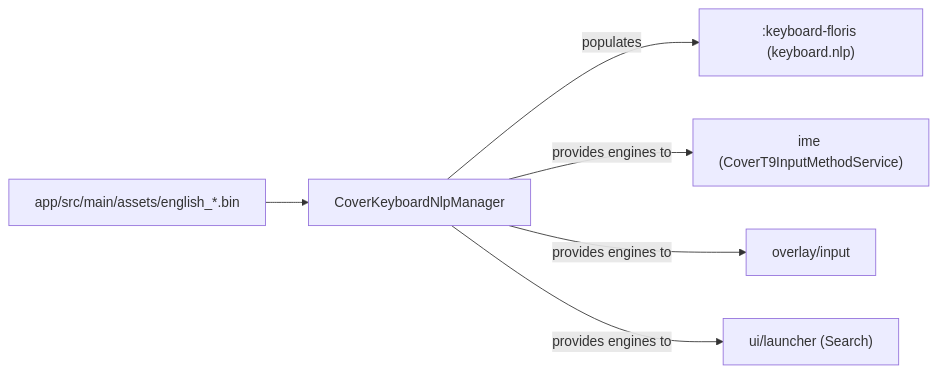
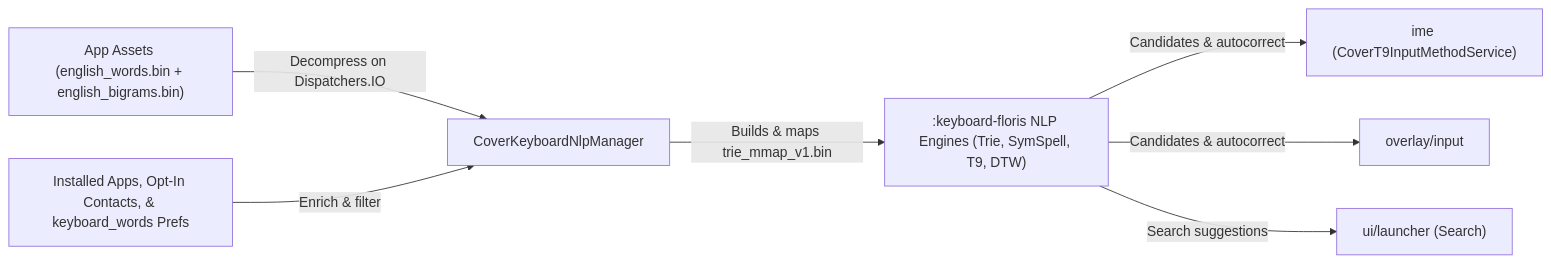
Before and after one commit to tyejaedon/Cover-Screen-OS: the diagram in app/src/main/java/com/tyejaedon/coverscreenos/keyboard/nlp/README.md, drawn with Mermaid. The commit also changed other lines of this file and 157 other files, not shown here.

````diff
--- a/app/src/main/java/com/tyejaedon/coverscreenos/keyboard/nlp/README.md
+++ b/app/src/main/java/com/tyejaedon/coverscreenos/keyboard/nlp/README.md
@@ -13,8 +67,9 @@
 ```mermaid
 flowchart LR
-    Assets["app/src/main/assets/english_*.bin"] --> Manager["CoverKeyboardNlpManager"]
-    Manager -->|"populates"| FlorisNLP[":keyboard-floris (keyboard.nlp)"]
-    Manager -->|"provides engines to"| IME["ime (CoverT9InputMethodService)"]
-    Manager -->|"provides engines to"| InputOverlay["overlay/input"]
-    Manager -->|"provides engines to"| Search["ui/launcher (Search)"]
+    Assets["App Assets (english_words.bin + english_bigrams.bin)"] -->|"Decompress on Dispatchers.IO"| Manager["CoverKeyboardNlpManager"]
+    DeviceData["Installed Apps, Opt-In Contacts, & keyboard_words Prefs"] -->|"Enrich & filter"| Manager
+    Manager -->|"Builds & maps trie_mmap_v1.bin"| Engines[":keyboard-floris NLP Engines (Trie, SymSpell, T9, DTW)"]
+    Engines -->|"Candidates & autocorrect"| IME["ime (CoverT9InputMethodService)"]
+    Engines -->|"Candidates & autocorrect"| InputOverlay["overlay/input"]
+    Engines -->|"Search suggestions"| Search["ui/launcher (Search)"]
 ```
````
